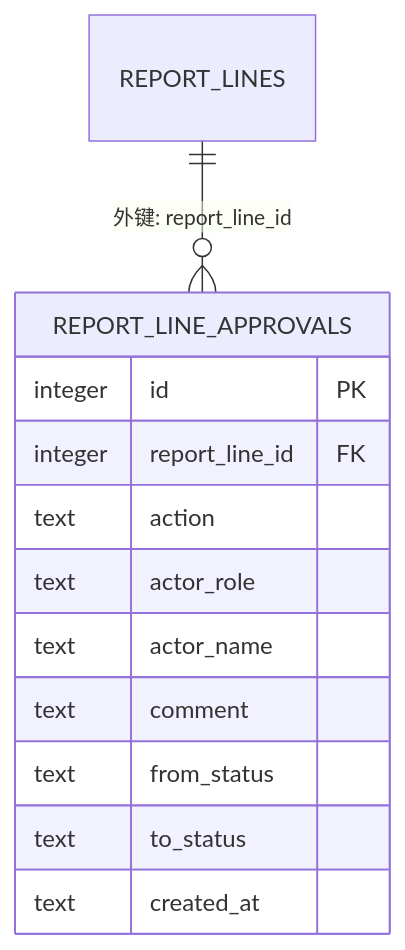
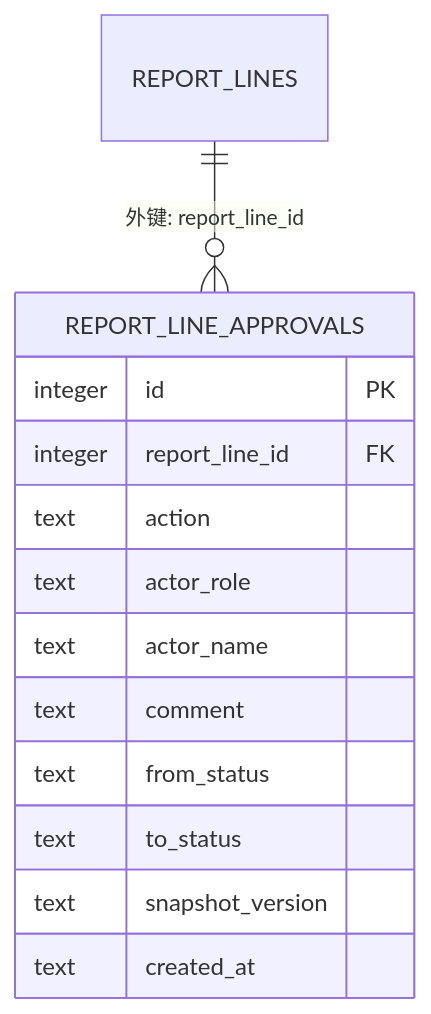
One commit to marcelxu0272/202605_project-tracking-table changed diagram 12 of 16 in .qoder/repowiki/zh/content/数据库设计.md. Above: the diagram before and after it, drawn with Mermaid. The commit also changed other lines of this file and 17 other files, not shown here.

````diff
--- a/.qoder/repowiki/zh/content/数据库设计.md
+++ b/.qoder/repowiki/zh/content/数据库设计.md
@@ -632,15 +635,16 @@
 ```mermaid
 erDiagram
 REPORT_LINE_APPROVALS {
 integer id PK
 integer report_line_id FK
 text action
 text actor_role
 text actor_name
 text comment
 text from_status
 text to_status
+text snapshot_version
 text created_at
 }
 REPORT_LINES ||--o{ REPORT_LINE_APPROVALS : "外键: report_line_id"
 ```
````
